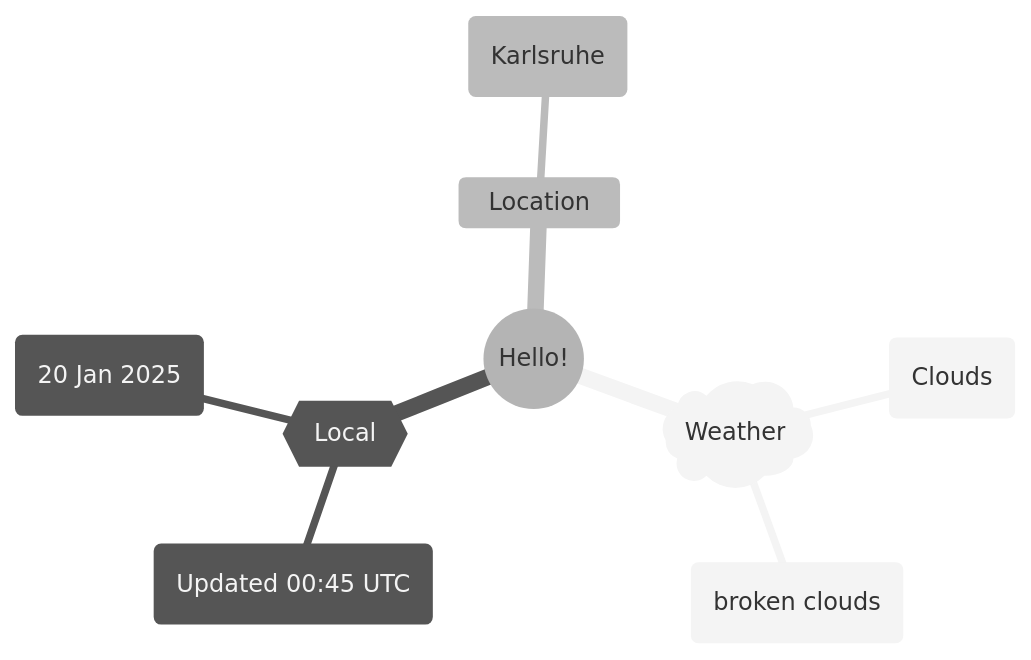
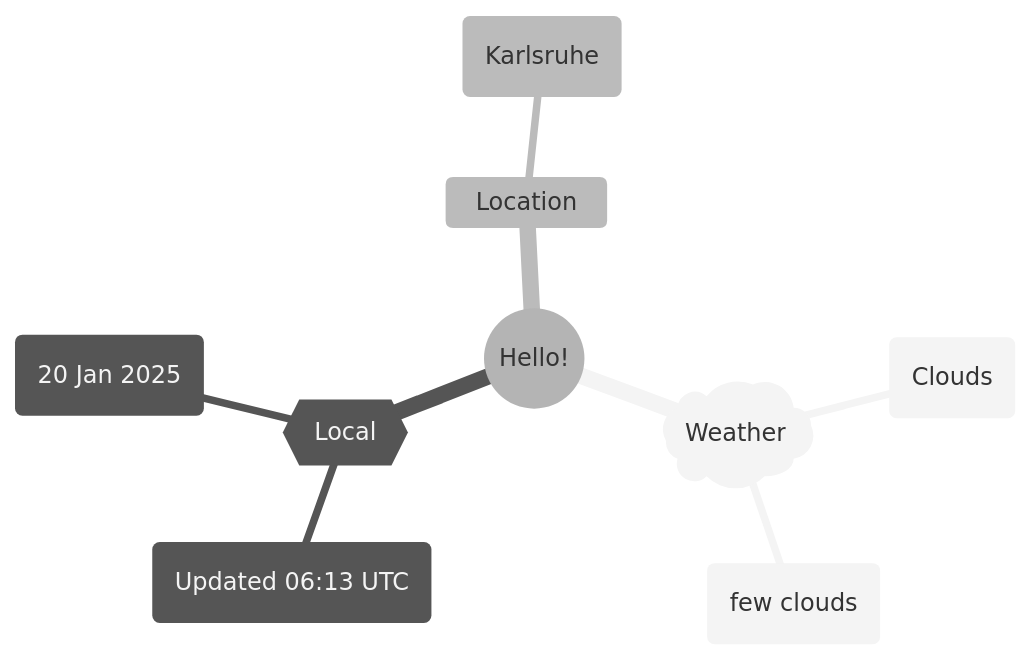
The first of 2 diagrams in README.md (Xosrov/Xosrov), drawn with Mermaid (neutral theme) before and after one commit.

Commit message:
[bot] updated images

````diff
--- a/README.md
+++ b/README.md
@@ -3,12 +3,12 @@
 ```mermaid
 mindmap
   root((Hello!))
     )Weather(
         (Clouds)
-        (broken clouds)
+        (few clouds)
     {{Local}}
-        (Updated 00:45 UTC)
+        (Updated 06:13 UTC)
         (20 Jan 2025)
     Location
         (Karlsruhe)
 ```
````
